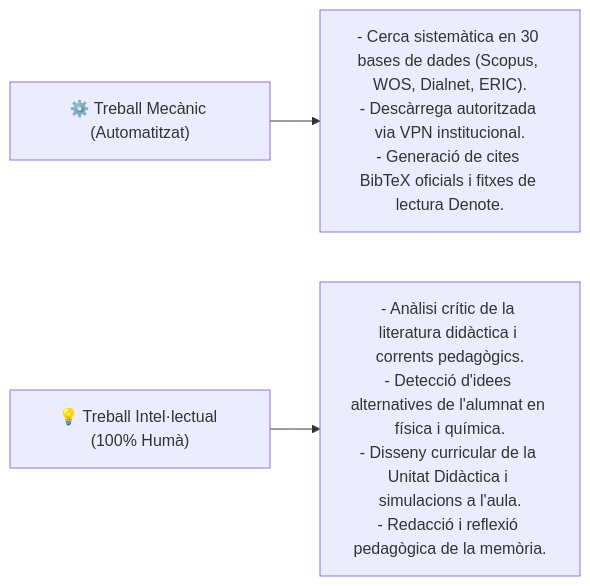
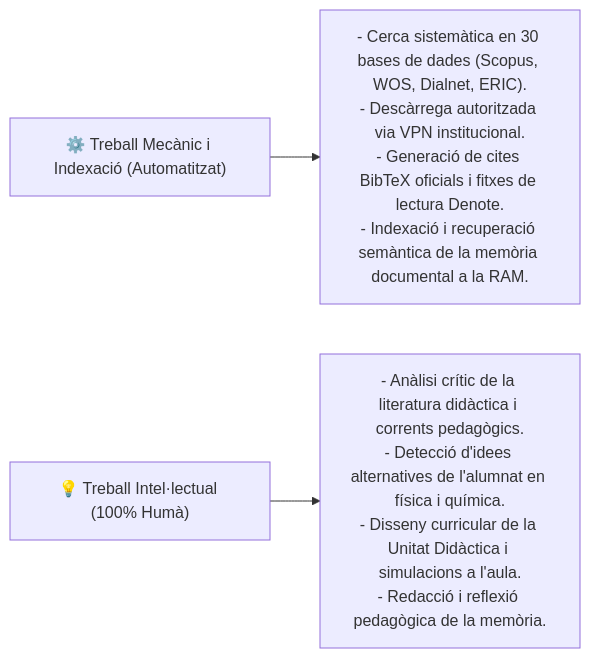
The diagram in README.md (CasimirVictoria/TFM-Secundaria_FiQ_PC_Jupyter_Sagemath), drawn with Mermaid before and after one commit. The commit also changed other lines of this file, not shown here.

Commit message:
Incorporació de la indexació i recuperació semàntica al diagrama Mermaid i al README

````diff
--- a/README.md
+++ b/README.md
@@ -24,6 +24,6 @@
 ```mermaid
 flowchart LR
-    A["⚙️ Treball Mecànic (Automatitzat)"] --> B["- Cerca sistemàtica en 30 bases de dades (Scopus, WOS, Dialnet, ERIC).\n- Descàrrega autoritzada via VPN institucional.\n- Generació de cites BibTeX oficials i fitxes de lectura Denote."]
+    A["⚙️ Treball Mecànic i Indexació (Automatitzat)"] --> B["- Cerca sistemàtica en 30 bases de dades (Scopus, WOS, Dialnet, ERIC).\n- Descàrrega autoritzada via VPN institucional.\n- Generació de cites BibTeX oficials i fitxes de lectura Denote.\n- Indexació i recuperació semàntica de la memòria documental a la RAM."]
     
     C["💡 Treball Intel·lectual (100% Humà)"] --> D["- Anàlisi crític de la literatura didàctica i corrents pedagògics.\n- Detecció d'idees alternatives de l'alumnat en física i química.\n- Disseny curricular de la Unitat Didàctica i simulacions a l'aula.\n- Redacció i reflexió pedagògica de la memòria."]
 ```
````
